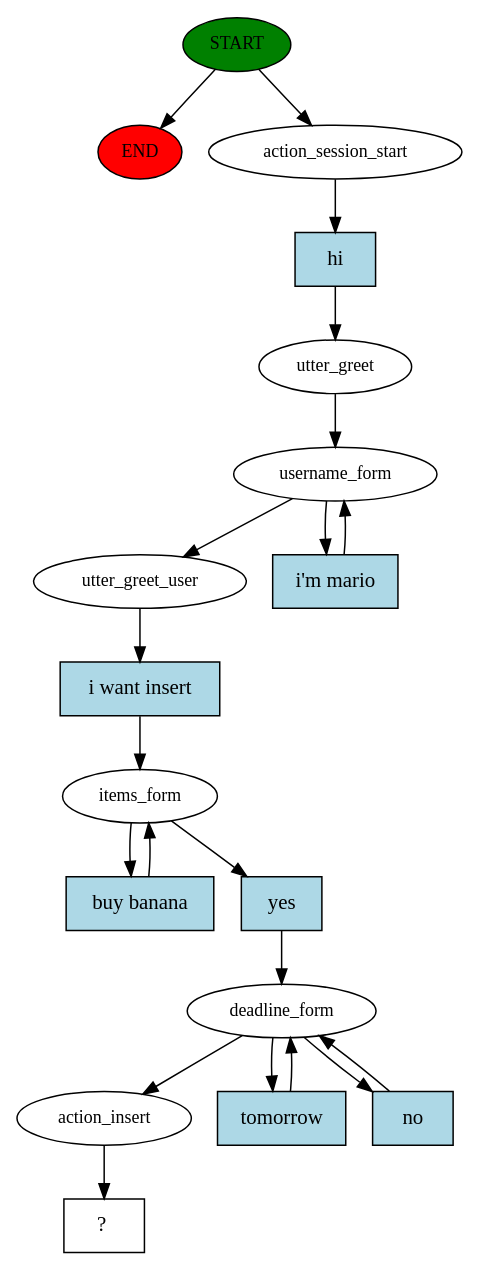
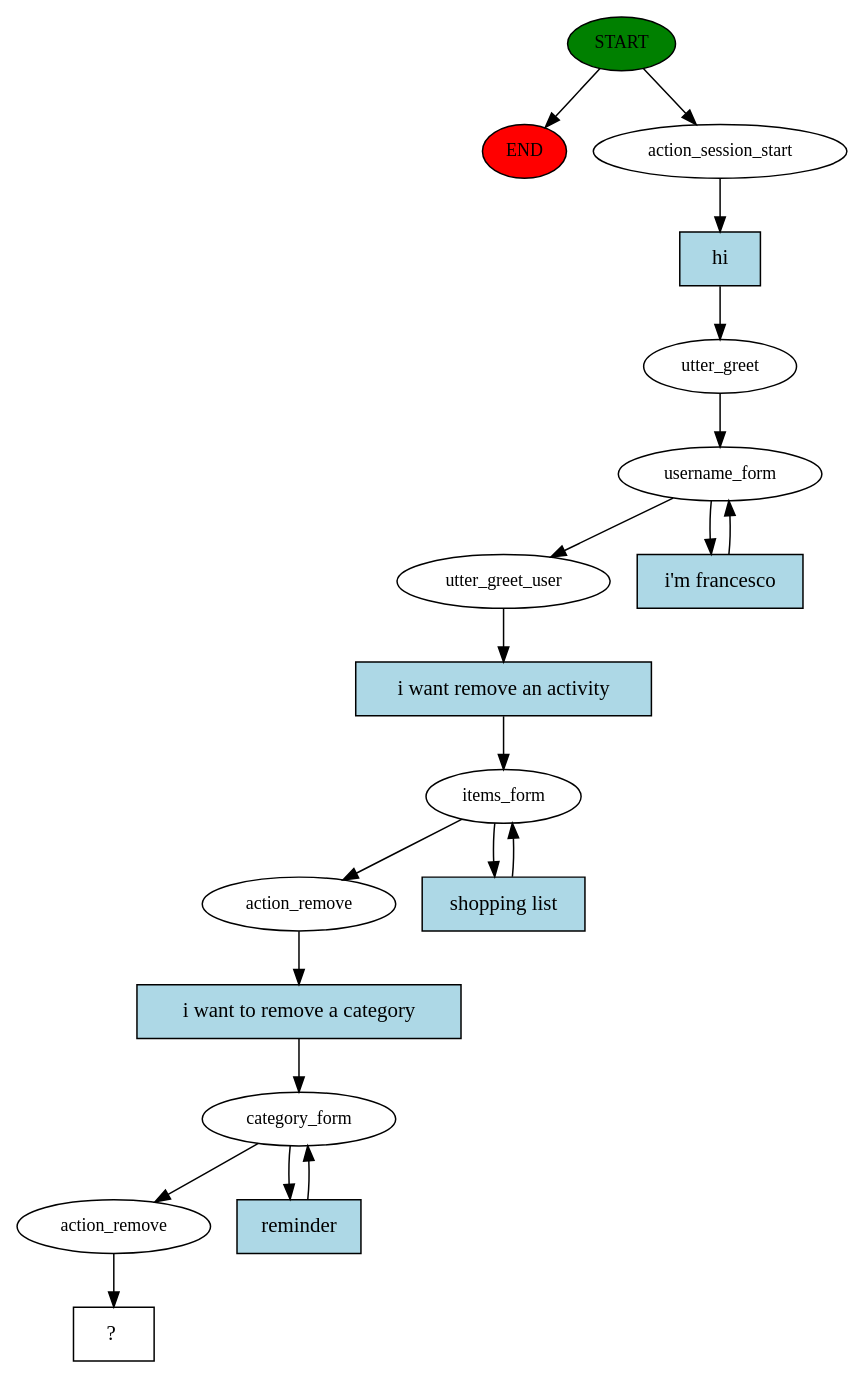
One commit to S0nFra/cogrob-todolist changed the diagram in src/rasa_ros/chatbot/story_graph.dot. Above: the diagram before and after it, drawn with Graphviz. The commit also changed 8 other files, not shown here.

```diff
--- a/src/rasa_ros/chatbot/story_graph.dot
+++ b/src/rasa_ros/chatbot/story_graph.dot
@@ -1,39 +1,38 @@
 digraph  {
 0 [class="start active", fillcolor=green, fontsize=12, label=START, style=filled];
 "-1" [class=end, fillcolor=red, fontsize=12, label=END, style=filled];
 1 [class=active, fontsize=12, label=action_session_start];
 2 [class=active, fontsize=12, label=utter_greet];
 3 [class=active, fontsize=12, label=username_form];
 5 [class=active, fontsize=12, label=utter_greet_user];
 6 [class=active, fontsize=12, label=items_form];
-9 [class=active, fontsize=12, label=deadline_form];
-12 [class=active, fontsize=12, label=action_insert];
+9 [class=active, fontsize=12, label=action_remove];
+10 [class=active, fontsize=12, label=category_form];
+12 [class=active, fontsize=12, label=action_remove];
 13 [class="intent dashed active", label="  ?  ", shape=rect];
 14 [class="intent active", fillcolor=lightblue, label=hi, shape=rect, style=filled];
-15 [class="intent active", fillcolor=lightblue, label="i'm mario", shape=rect, style=filled];
-16 [class="intent active", fillcolor=lightblue, label="i want insert", shape=rect, style=filled];
-17 [class="intent active", fillcolor=lightblue, label="buy banana", shape=rect, style=filled];
-18 [class="intent active", fillcolor=lightblue, label=yes, shape=rect, style=filled];
-19 [class="intent active", fillcolor=lightblue, label=tomorrow, shape=rect, style=filled];
-20 [class="intent active", fillcolor=lightblue, label=no, shape=rect, style=filled];
+15 [class="intent active", fillcolor=lightblue, label="i'm francesco", shape=rect, style=filled];
+16 [class="intent active", fillcolor=lightblue, label="i want remove an activity", shape=rect, style=filled];
+17 [class="intent active", fillcolor=lightblue, label="shopping list", shape=rect, style=filled];
+18 [class="intent active", fillcolor=lightblue, label="i want to remove a category", shape=rect, style=filled];
+19 [class="intent active", fillcolor=lightblue, label=reminder, shape=rect, style=filled];
 0 -> "-1"  [class="", key=NONE, label=""];
 0 -> 1  [class=active, key=NONE, label=""];
 1 -> 14  [class=active, key=0];
 2 -> 3  [class=active, key=NONE, label=""];
 3 -> 5  [class=active, key=NONE, label=""];
 3 -> 15  [class=active, key=0];
 5 -> 16  [class=active, key=0];
+6 -> 9  [class=active, key=NONE, label=""];
 6 -> 17  [class=active, key=0];
-6 -> 18  [class=active, key=0];
-9 -> 12  [class=active, key=NONE, label=""];
-9 -> 19  [class=active, key=0];
-9 -> 20  [class=active, key=0];
+9 -> 18  [class=active, key=0];
+10 -> 12  [class=active, key=NONE, label=""];
+10 -> 19  [class=active, key=0];
 12 -> 13  [class=active, key=NONE, label=""];
 14 -> 2  [class=active, key=0];
 15 -> 3  [class=active, key=0];
 16 -> 6  [class=active, key=0];
 17 -> 6  [class=active, key=0];
-18 -> 9  [class=active, key=0];
-19 -> 9  [class=active, key=0];
-20 -> 9  [class=active, key=0];
+18 -> 10  [class=active, key=0];
+19 -> 10  [class=active, key=0];
 }
```
